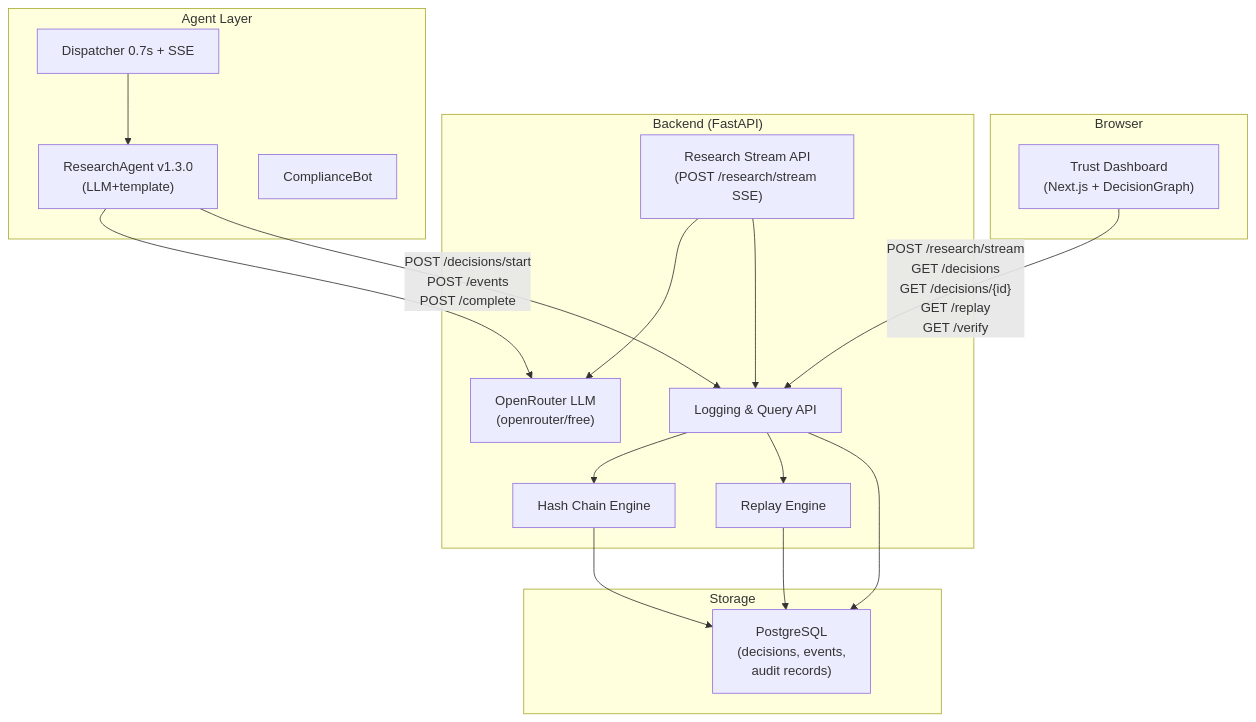
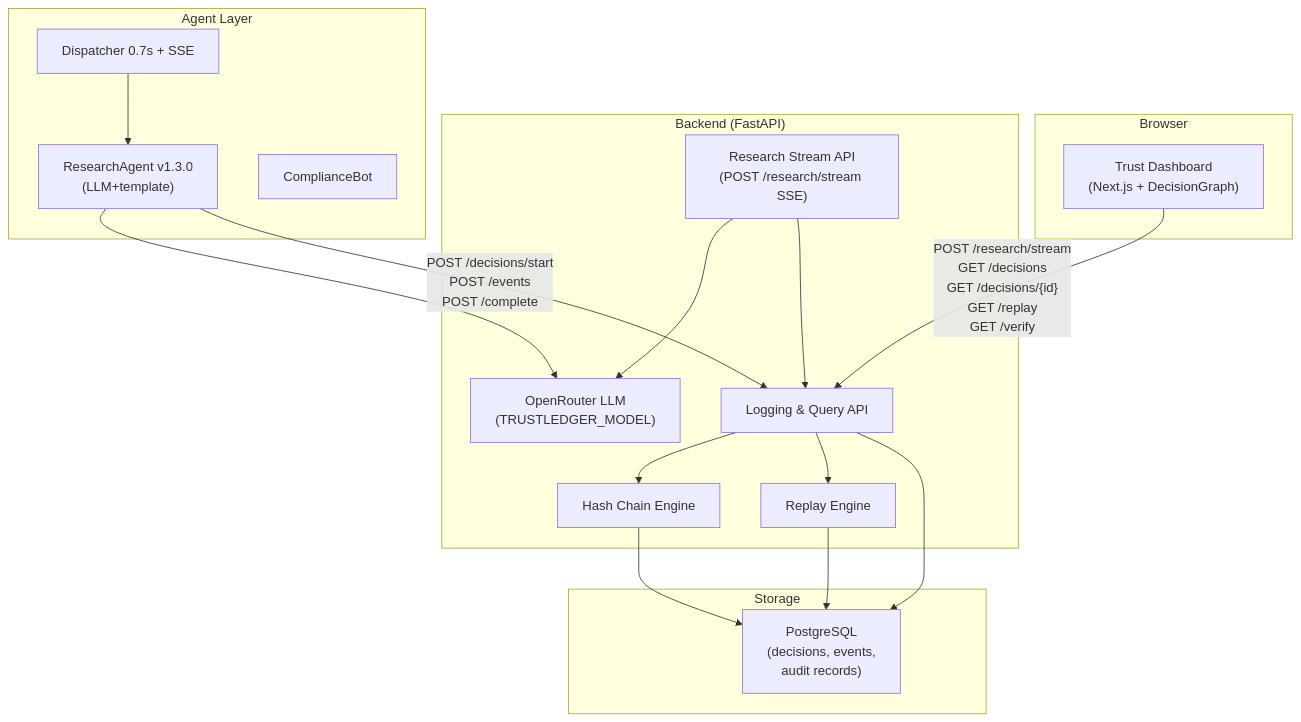
Before and after one commit to ApexYash11/TrustLedger: the diagram in docs/05_Tech_Stack_and_Architecture.md, drawn with Mermaid. The commit also changed other lines of this file and 5 other files, not shown here.

````diff
--- a/docs/05_Tech_Stack_and_Architecture.md
+++ b/docs/05_Tech_Stack_and_Architecture.md
@@ -99,36 +99,36 @@
 ```mermaid
 flowchart TB
     subgraph Client["Browser"]
         Dashboard["Trust Dashboard<br/>(Next.js + DecisionGraph)"]
     end
 
     subgraph Backend["Backend (FastAPI)"]
         API["Logging & Query API"]
         StreamAPI["Research Stream API<br/>(POST /research/stream SSE)"]
-        LLM["OpenRouter LLM<br/>(openrouter/free)"]
+        LLM["OpenRouter LLM<br/>(TRUSTLEDGER_MODEL)"]
         HashEngine["Hash Chain Engine"]
         ReplayEngine["Replay Engine"]
     end
 
     subgraph AgentLayer["Agent Layer"]
         RAgent["ResearchAgent v1.3.0<br/>(LLM+template)"]
         CAgent["ComplianceBot"]
         Dispatcher["Dispatcher 0.7s + SSE"]
     end
 
     subgraph Storage["Storage"]
         PG["PostgreSQL<br/>(decisions, events,<br/>audit records)"]
     end
 
     RAgent --> LLM
     RAgent -->|"POST /decisions/start<br/>POST /events<br/>POST /complete"| API
     StreamAPI --> LLM
     StreamAPI --> API
     Dashboard -->|"POST /research/stream<br/>GET /decisions<br/>GET /decisions/{id}<br/>GET /replay<br/>GET /verify"| API
     Dispatcher --> RAgent
     API --> HashEngine
     API --> ReplayEngine
     API --> PG
     HashEngine --> PG
     ReplayEngine --> PG
 ```
````
